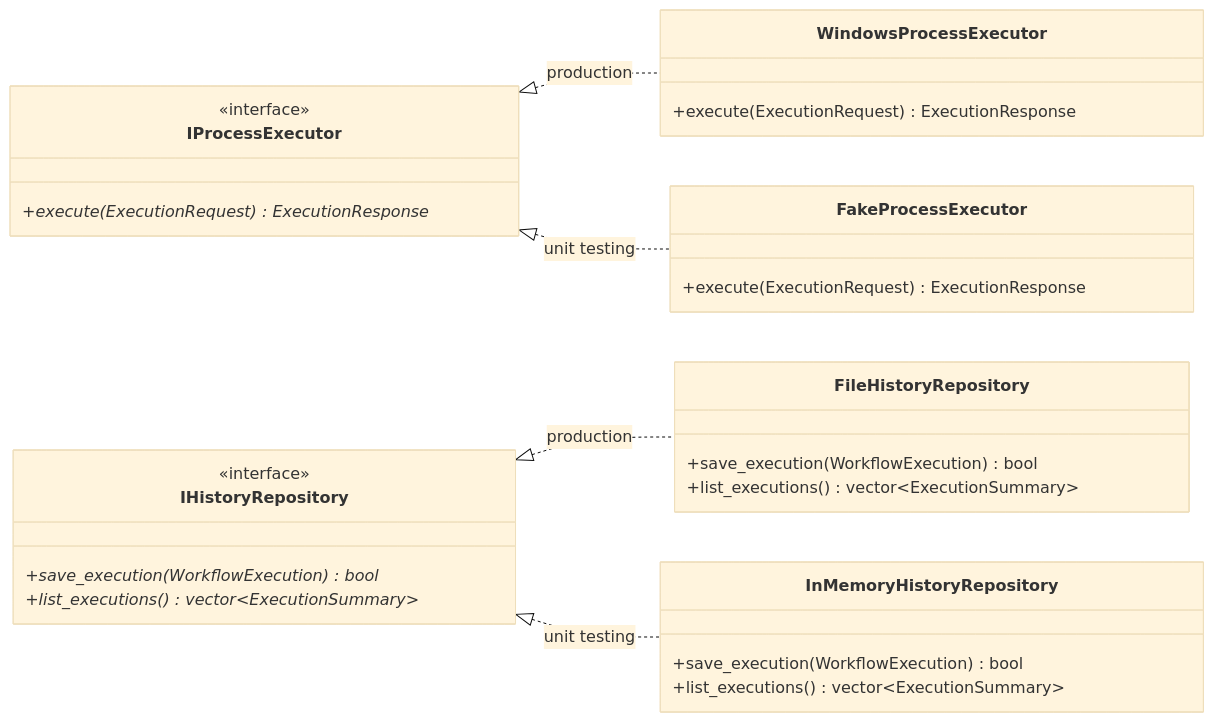
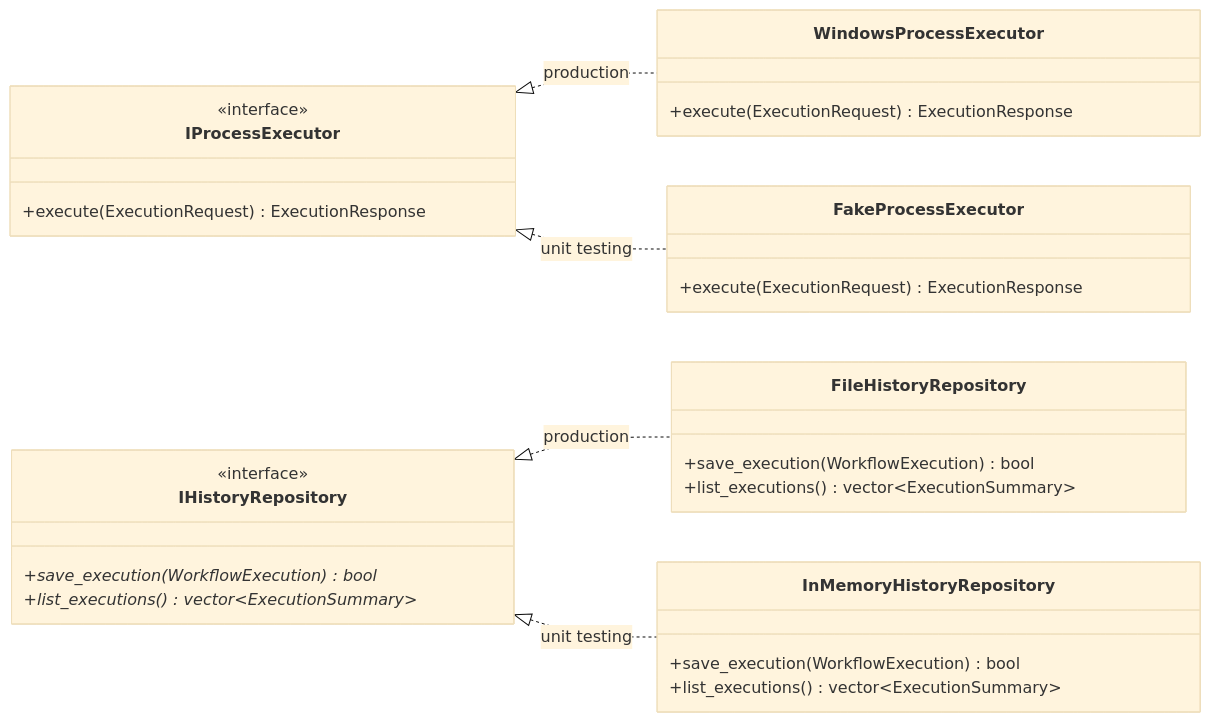
One commit to vishalpalepu/TaskForge changed the second of 4 diagrams in docs/architecture.md. Above: the diagram before and after it, drawn with Mermaid (base theme). The commit also changed other lines of this file and 18 other files, not shown here.

````diff
--- a/docs/architecture.md
+++ b/docs/architecture.md
@@ -81,32 +81,32 @@
 ```mermaid
 classDiagram
     direction LR
     class IProcessExecutor {
         <<interface>>
-        +execute(ExecutionRequest) ExecutionResponse*
+        +execute(ExecutionRequest) ExecutionResponse
     }
     class WindowsProcessExecutor {
         +execute(ExecutionRequest) ExecutionResponse
     }
     class FakeProcessExecutor {
         +execute(ExecutionRequest) ExecutionResponse
     }
     class IHistoryRepository {
         <<interface>>
         +save_execution(WorkflowExecution) bool*
         +list_executions() vector~ExecutionSummary~*
     }
     class FileHistoryRepository {
         +save_execution(WorkflowExecution) bool
         +list_executions() vector~ExecutionSummary~
     }
     class InMemoryHistoryRepository {
         +save_execution(WorkflowExecution) bool
         +list_executions() vector~ExecutionSummary~
     }
 
     IProcessExecutor <|.. WindowsProcessExecutor : production
     IProcessExecutor <|.. FakeProcessExecutor : unit testing
     IHistoryRepository <|.. FileHistoryRepository : production
     IHistoryRepository <|.. InMemoryHistoryRepository : unit testing
 ```
````
